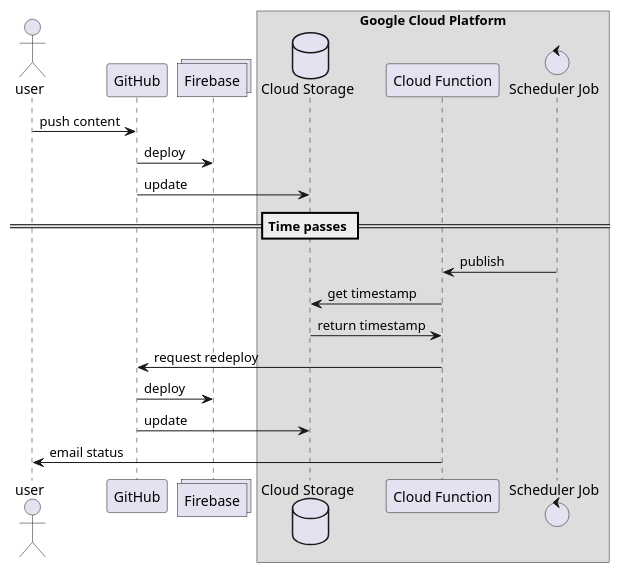
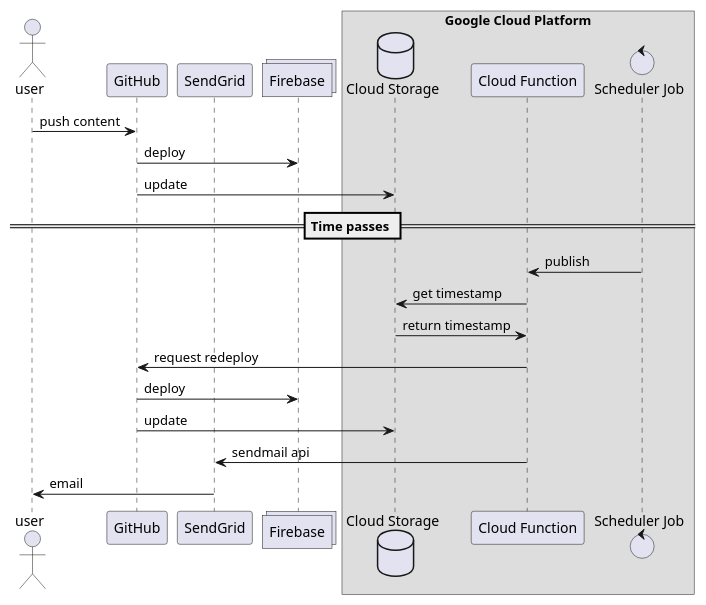
The diagram in docs/flow.puml (mhhollomon/gcp-site-redeploy-function), drawn with PlantUML before and after one commit. The commit also changed 3 other files, not shown here.

```diff
--- a/docs/flow.puml
+++ b/docs/flow.puml
@@ -1,28 +1,30 @@
 @startuml
 
 actor user
 participant GitHub
+participant SendGrid
 collections Firebase
 box "Google Cloud Platform"
     database bucket as "Cloud Storage"
     participant function as "Cloud Function"
     control job as "Scheduler Job"
 end box
 
 
 
 user -> GitHub : push content
 GitHub -> Firebase : deploy
 GitHub -> bucket : update
 
 == Time passes ==
 
 job -> function : publish
 function -> bucket : get timestamp
 bucket -> function : return timestamp
 function -> GitHub : request redeploy
 GitHub -> Firebase : deploy
 GitHub -> bucket : update
-function -> user : email status
+function -> SendGrid : sendmail api
+SendGrid -> user : email
 
 @enduml
```
